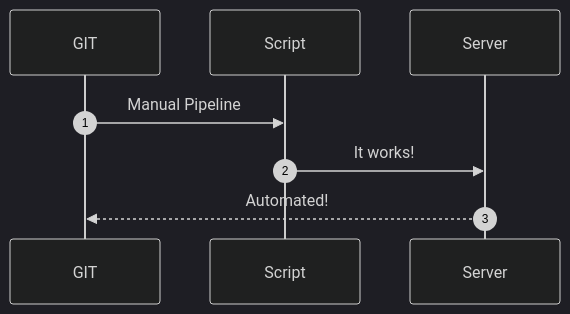
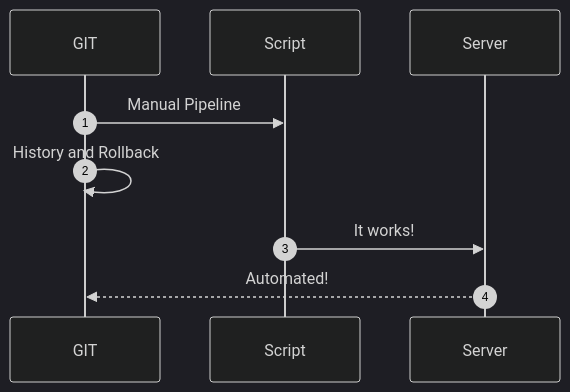
Before and after one commit to imjoseangel/sandbox: the second of 3 diagrams in doc/automation.md, drawn with Mermaid (dark theme). The commit also changed other lines of this file, not shown here.

````diff
--- a/doc/automation.md
+++ b/doc/automation.md
@@ -51,7 +51,8 @@
 ```mermaid
 sequenceDiagram
     autonumber
     GIT->>Script: Manual Pipeline
+    GIT->>GIT: History and Rollback
     Script->>Server: It works!
     Server-->>GIT: Automated!
 ```
````
